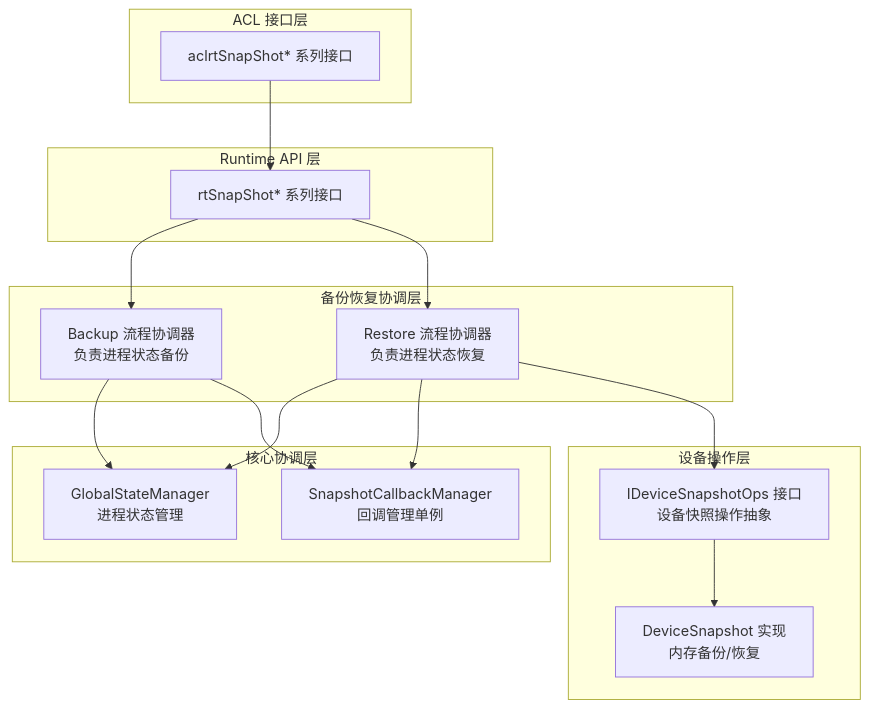
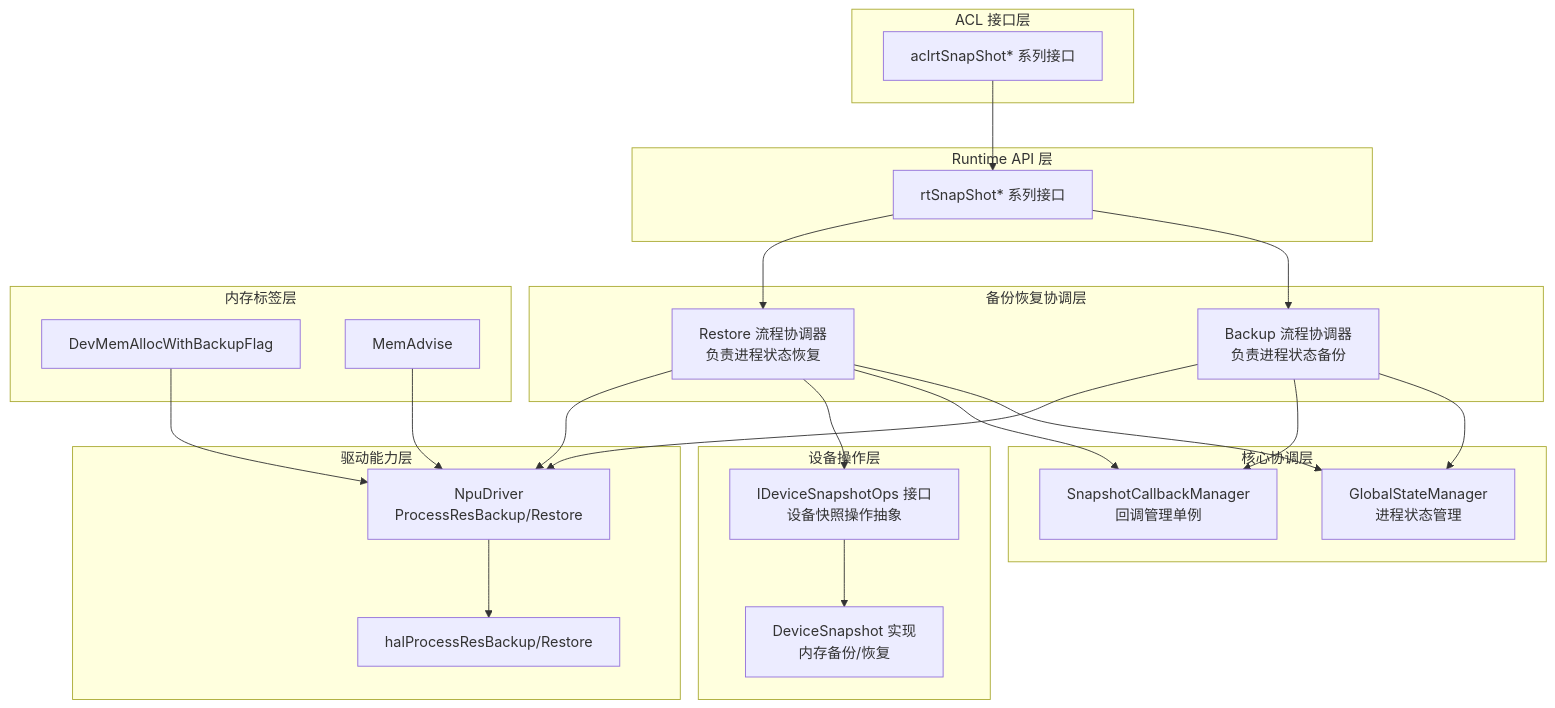
One commit to hicann/runtime changed the first of 10 diagrams in docs/zh/design/features/snapshot.md. Above: the diagram before and after it, drawn with Mermaid. The commit also changed other lines of this file and 101 other files, not shown here.

````diff
--- a/docs/zh/design/features/snapshot.md
+++ b/docs/zh/design/features/snapshot.md
@@ -77,35 +99,50 @@
 ```mermaid
 graph TB
     subgraph ACL["ACL 接口层"]
         ACL_API["aclrtSnapShot* 系列接口"]
     end
     
     subgraph RT["Runtime API 层"]
         RT_API["rtSnapShot* 系列接口"]
     end
     
     subgraph Core["核心协调层"]
         GSM["GlobalStateManager<br/>进程状态管理"]
         SCM["SnapshotCallbackManager<br/>回调管理单例"]
     end
     
     subgraph Process["备份恢复协调层"]
         Backup["Backup 流程协调器<br/>负责进程状态备份"]
         Restore["Restore 流程协调器<br/>负责进程状态恢复"]
     end
     
     subgraph Feature["设备操作层"]
         DevOps["IDeviceSnapshotOps 接口<br/>设备快照操作抽象"]
         DevImpl["DeviceSnapshot 实现<br/>内存备份/恢复"]
     end
+
+    subgraph Driver["驱动能力层"]
+        NpuDrv["NpuDriver<br/>ProcessResBackup/Restore"]
+        Hal["halProcessResBackup/Restore"]
+    end
+
+    subgraph MemTag["内存标签层"]
+        Alloc["DevMemAllocWithBackupFlag"]
+        Advise["MemAdvise"]
+    end
     
     ACL_API --> RT_API
     RT_API --> Backup
     RT_API --> Restore
     Backup --> GSM
     Backup --> SCM
     Restore --> GSM
     Restore --> SCM
     Restore --> DevOps
     DevOps --> DevImpl
+    Backup --> NpuDrv
+    Restore --> NpuDrv
+    NpuDrv --> Hal
+    Alloc --> NpuDrv
+    Advise --> NpuDrv
 ```
````
